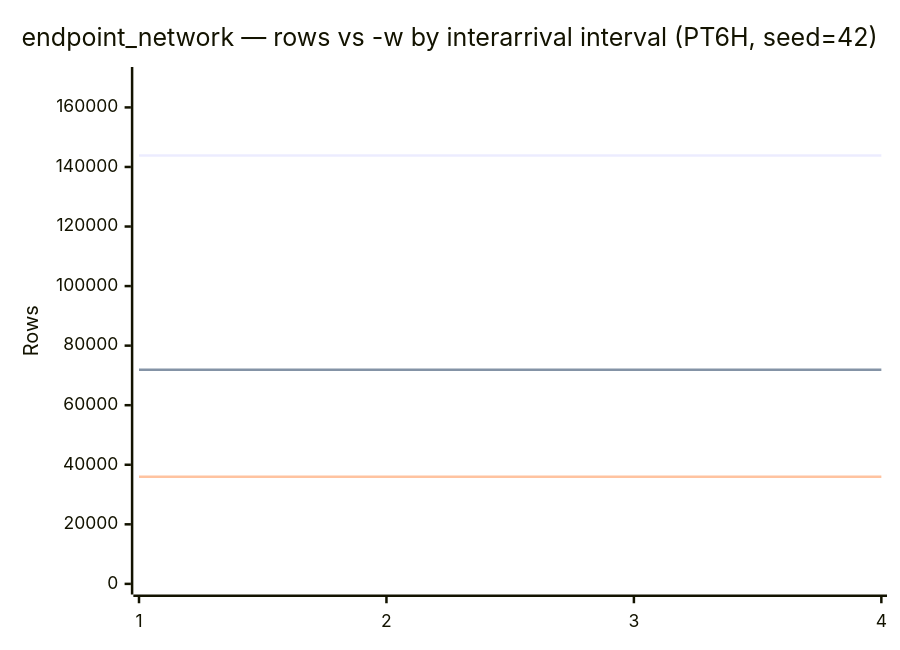
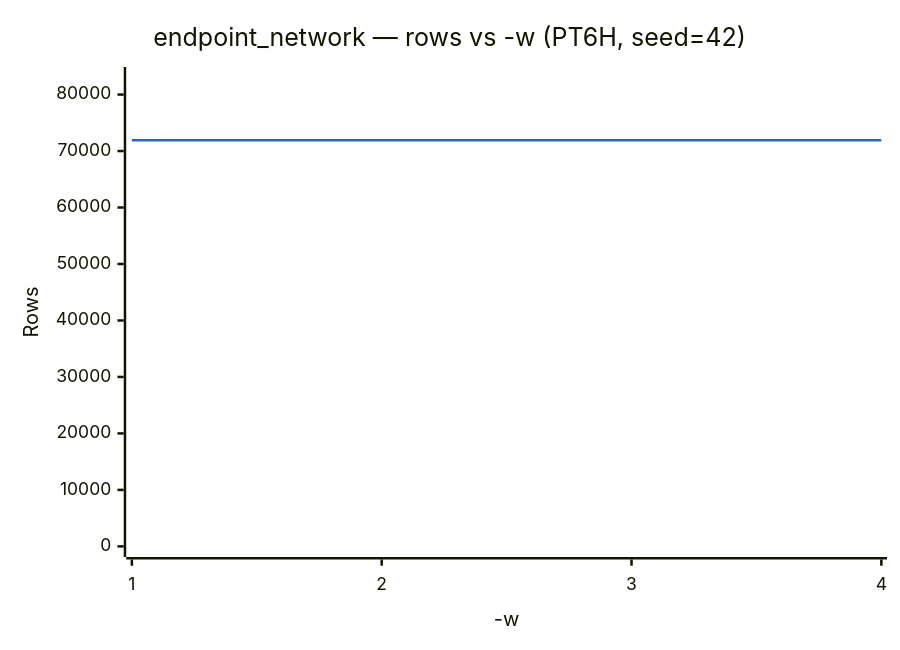
Before and after one commit to implydata/imply-eventgenerator: the second of 2 diagrams in docs/presets/endpoint_network.md, drawn with Mermaid. The commit also changed other lines of this file and 5 other files, not shown here.

First line of the commit message:
Add endpoint_network/vpc_flow_logs to new Volume format; exact-match plateau shortcut; left-align grid tables; longer default timeout

````diff
--- a/docs/presets/endpoint_network.md
+++ b/docs/presets/endpoint_network.md
@@ -93,9 +86,8 @@
 ```mermaid
+%%{init: {'themeVariables': {'xyChart': {'plotColorPalette': '#2563eb'}}}}%%
 xychart-beta
-    title "endpoint_network — rows vs -w by interarrival interval (PT6H, seed=42)"
-    x-axis [1, 2, 3, 4]
-    y-axis "Rows" 0 --> 170000
-    line [143843, 143843, 143843, 143843]
+    title "endpoint_network — rows vs -w (PT6H, seed=42)"
+    x-axis "-w" [1, 2, 3, 4]
+    y-axis "Rows" 0 --> 83000
     line [71928, 71928, 71928, 71928]
-    line [35980, 35980, 35980, 35980]
 ```
````
